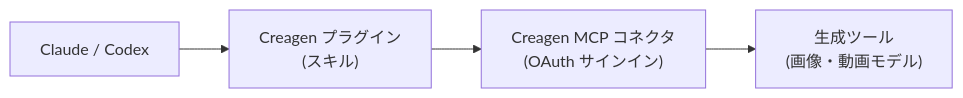
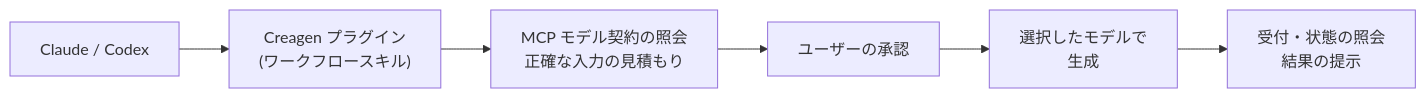
The diagram in README.ja.md (pioncorp/creagen-plugin), drawn with Mermaid before and after one commit. The commit also changed other lines of this file and 15 other files, not shown here.

````diff
--- a/README.ja.md
+++ b/README.ja.md
@@ -80,6 +80,8 @@
 ```mermaid
 flowchart LR
-  A["Claude / Codex"] --> B["Creagen プラグイン<br/>(スキル)"]
-  B --> C["Creagen MCP コネクタ<br/>(OAuth サインイン)"]
-  C --> D["生成ツール<br/>(画像・動画モデル)"]
+  A["Claude / Codex"] --> B["Creagen プラグイン<br/>(ワークフロースキル)"]
+  B --> C["MCP モデル契約の照会<br/>正確な入力の見積もり"]
+  C --> D["ユーザーの承認"]
+  D --> E["選択したモデルで<br/>生成"]
+  E --> F["受付・状態の照会<br/>結果の提示"]
 ```
````
